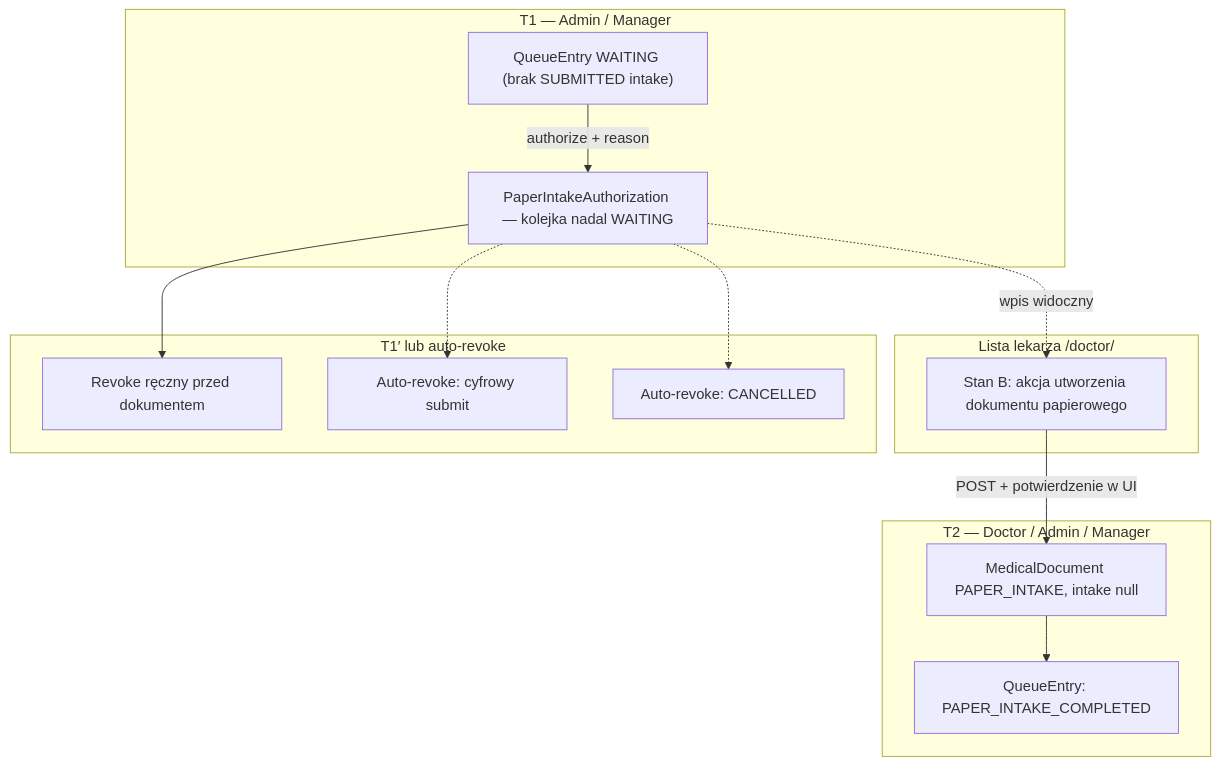
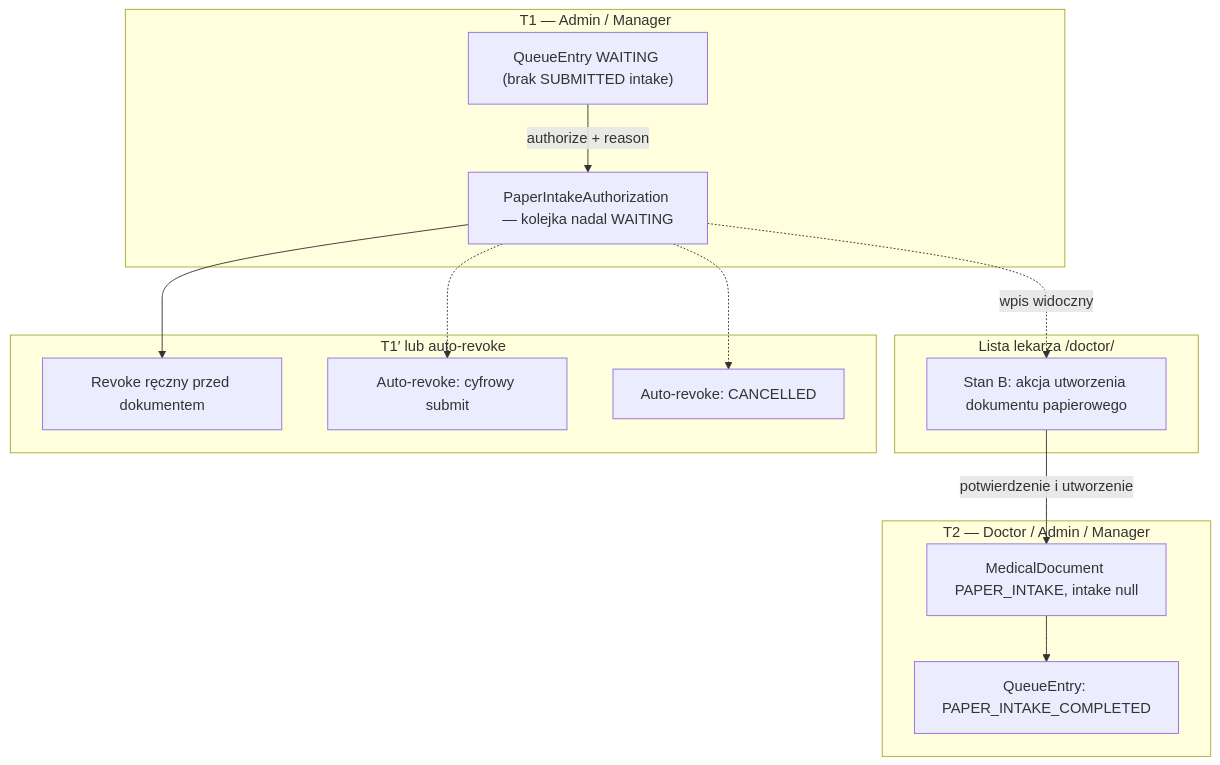
One commit to piotrpopiolek/cogitomedic changed the diagram in docs/manual/paper_intake_flow.md. Above: the diagram before and after it, drawn with Mermaid. The commit also changed other lines of this file and 22 other files, not shown here.

````diff
--- a/docs/manual/paper_intake_flow.md
+++ b/docs/manual/paper_intake_flow.md
@@ -7,29 +7,29 @@
 ```mermaid
 flowchart TB
   subgraph t1 ["T1 — Admin / Manager"]
     W["QueueEntry WAITING (brak SUBMITTED intake)"]
     A["PaperIntakeAuthorization — kolejka nadal WAITING"]
     W -->|authorize + reason| A
   end
 
   subgraph list ["Lista lekarza /doctor/"]
     B["Stan B: akcja utworzenia dokumentu papierowego"]
     A -.->|wpis widoczny| B
   end
 
   subgraph t2 ["T2 — Doctor / Admin / Manager"]
     M["MedicalDocument PAPER_INTAKE, intake null"]
     PIC["QueueEntry: PAPER_INTAKE_COMPLETED"]
-    B -->|POST + potwierdzenie w UI| M
+    B -->|potwierdzenie i utworzenie| M
     M --> PIC
   end
 
   subgraph revoke ["T1′ lub auto-revoke"]
     R1["Revoke ręczny przed dokumentem"]
     R2["Auto-revoke: cyfrowy submit"]
     R3["Auto-revoke: CANCELLED"]
     A --> R1
     A -.-> R2
     A -.-> R3
   end
 ```
````
